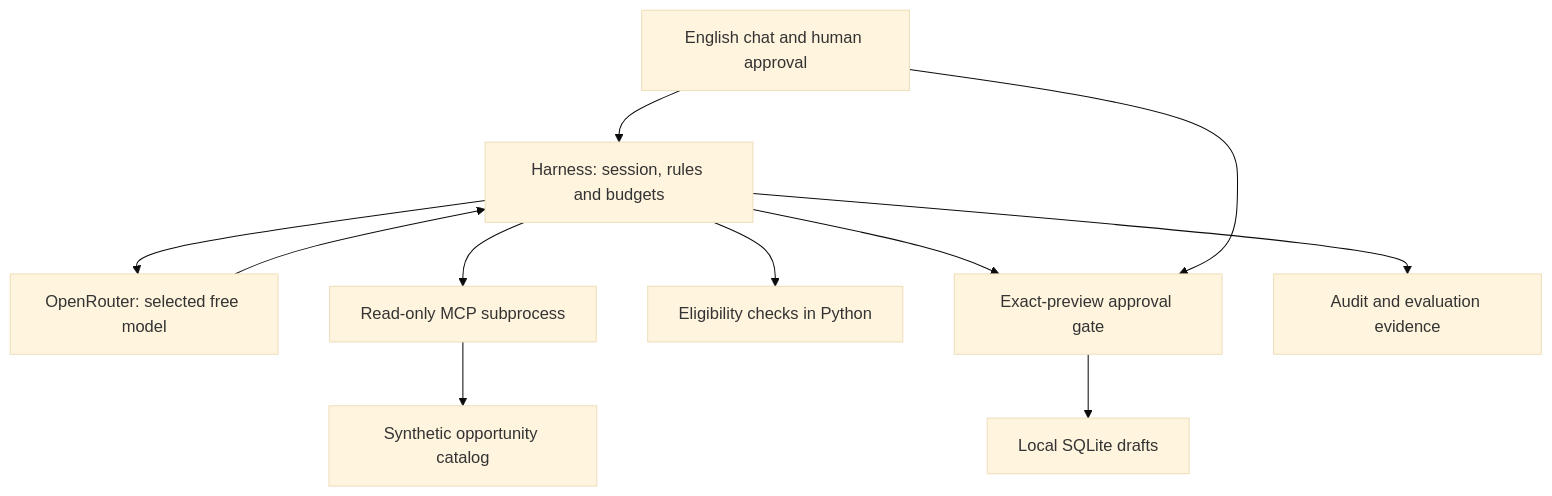
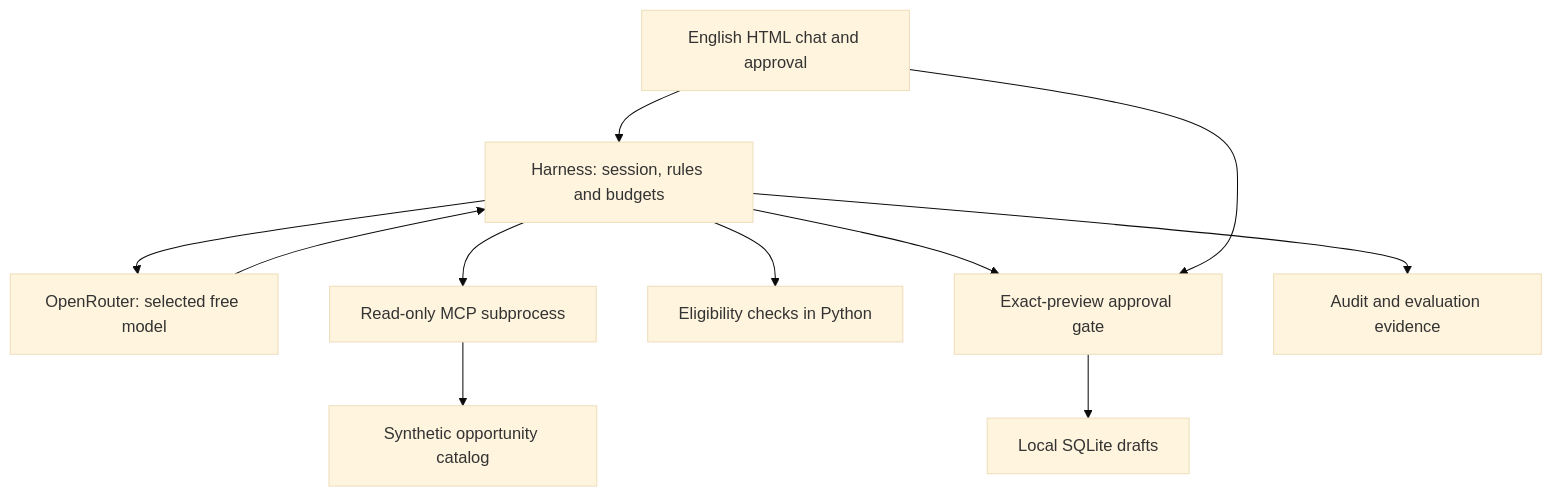
Before and after one commit to JomanahAlghamdi/SDAIA_Project: the diagram in docs/architecture.md, drawn with Mermaid (base theme). The commit also changed other lines of this file and 144 other files, not shown here.

````diff
--- a/docs/architecture.md
+++ b/docs/architecture.md
@@ -3,13 +3,13 @@
 ```mermaid
 flowchart TD
-    U["English chat and human approval"] --> H["Harness: session, rules and budgets"]
+    U["English HTML chat and approval"] --> H["Harness: session, rules and budgets"]
     H --> L["OpenRouter: selected free model"]
     L --> H
     H --> M["Read-only MCP subprocess"]
     M --> C["Synthetic opportunity catalog"]
     H --> E["Eligibility checks in Python"]
     H --> A["Exact-preview approval gate"]
     U --> A
     A --> D["Local SQLite drafts"]
     H --> T["Audit and evaluation evidence"]
 ```
````
